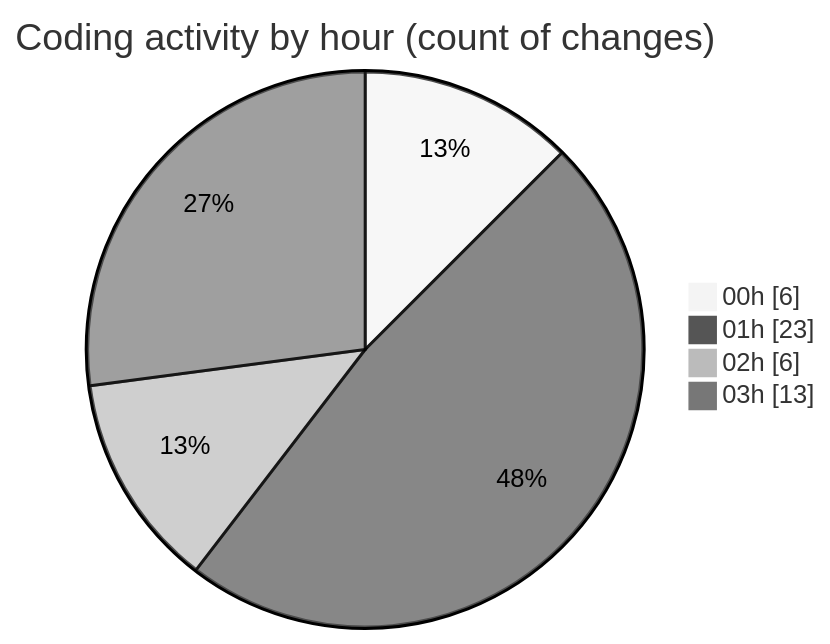
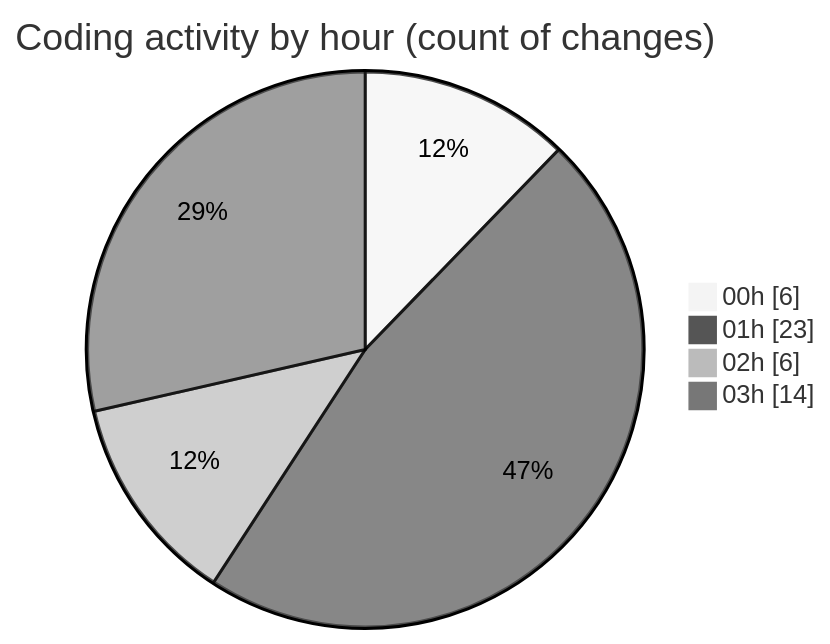
The second of 2 diagrams in 2025-07-28/refunds/README.md (EIIisD/code-tracking), drawn with Mermaid (neutral theme) before and after one commit. The commit also changed other lines of this file and 1 other file, not shown here.

````diff
--- a/2025-07-28/refunds/README.md
+++ b/2025-07-28/refunds/README.md
@@ -36,8 +36,8 @@
 ```mermaid
 pie showData
 title Coding activity by hour (count of changes)
 "00h" : 6
 "01h" : 23
 "02h" : 6
-"03h" : 13
+"03h" : 14
 ```
````
